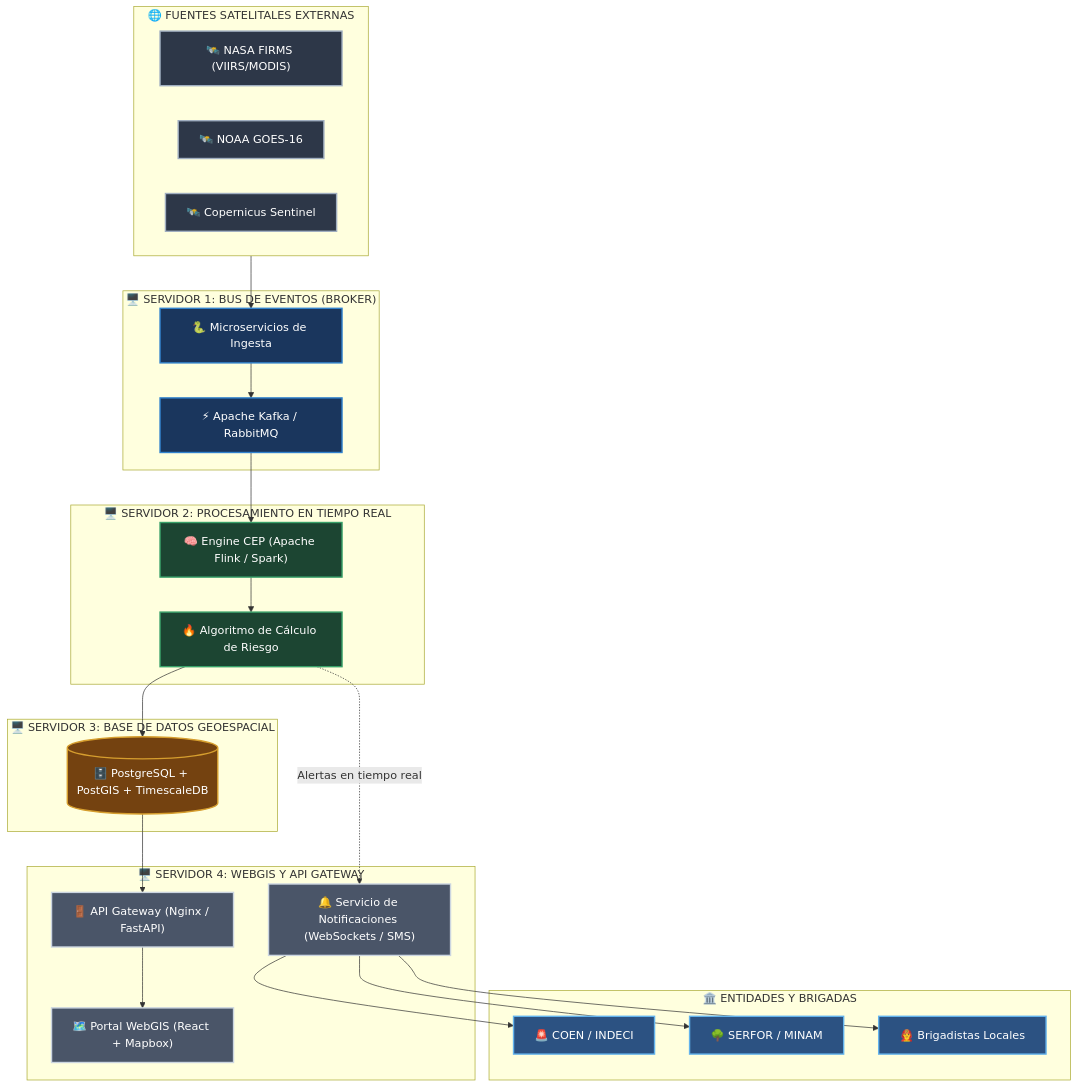
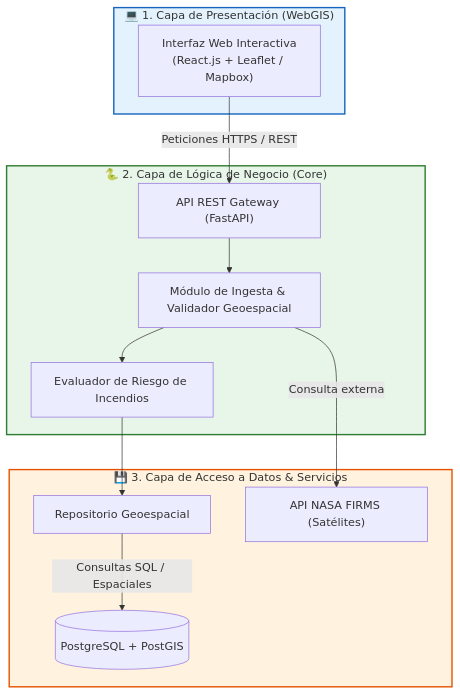
One commit to Maks04092002/Incendios-EDA-arquitSoft-MAKS changed the diagram in 02-arquitectura-de-software/arquitectura-inicial.md. Above: the diagram before and after it, drawn with Mermaid. The commit also changed other lines of this file and 8 other files, not shown here.

Commit message:
docs: mejorar galería en README con descripciones y agregar diagramas finales

````diff
--- a/02-arquitectura-de-software/arquitectura-inicial.md
+++ b/02-arquitectura-de-software/arquitectura-inicial.md
@@ -5,61 +7,29 @@
 ```mermaid
-flowchart TD
+graph TB
+    subgraph CapaPresentacion ["💻 1. Capa de Presentación (WebGIS)"]
+        UI["Interfaz Web Interactiva<br/>(React.js + Leaflet / Mapbox)"]
+    end
 
-subgraph FUENTES ["🌐 FUENTES SATELITALES EXTERNAS"]
-    NASA["🛰️ NASA FIRMS (VIIRS/MODIS)"]
-    GOES["🛰️ NOAA GOES-16"]
-    COP["🛰️ Copernicus Sentinel"]
-end
+    subgraph CapaNegocio ["🐍 2. Capa de Lógica de Negocio (Core)"]
+        API["API REST Gateway (FastAPI)"]
+        VAL["Módulo de Ingesta & Validador Geoespacial"]
+        EVAL["Evaluador de Riesgo de Incendios"]
+    end
 
-subgraph S1 ["🖥️ SERVIDOR 1: BUS DE EVENTOS (BROKER)"]
-    Ingesta["🐍 Microservicios de Ingesta"]
-    Broker["⚡ Apache Kafka / RabbitMQ"]
-end
+    subgraph CapaDatos ["💾 3. Capa de Acceso a Datos & Servicios"]
+        REPO["Repositorio Geoespacial"]
+        EXT_FIRMS["API NASA FIRMS (Satélites)"]
+        DB_GIS[("PostgreSQL + PostGIS")]
+    end
 
-subgraph S2 ["🖥️ SERVIDOR 2: PROCESAMIENTO EN TIEMPO REAL"]
-    CEP["🧠 Engine CEP (Apache Flink / Spark)"]
-    Riesgo["🔥 Algoritmo de Cálculo de Riesgo"]
-end
+    UI -->|Peticiones HTTPS / REST| API
+    API --> VAL
+    VAL --> EVAL
+    VAL -->|Consulta externa| EXT_FIRMS
+    EVAL --> REPO
+    REPO -->|Consultas SQL / Espaciales| DB_GIS
 
-subgraph S3 ["🖥️ SERVIDOR 3: BASE DE DATOS GEOESPACIAL"]
-    BD[("🗄️ PostgreSQL + PostGIS + TimescaleDB")]
-end
-
-subgraph S4 ["🖥️ SERVIDOR 4: WEBGIS Y API GATEWAY"]
-    API["🚪 API Gateway (Nginx / FastAPI)"]
-    WebGIS["🗺️ Portal WebGIS (React + Mapbox)"]
-    Alertas["🔔 Servicio de Notificaciones (WebSockets / SMS)"]
-end
-
-subgraph DESTINO ["🏛️ ENTIDADES Y BRIGADAS"]
-    COEN["🚨 COEN / INDECI"]
-    SERFOR["🌳 SERFOR / MINAM"]
-    Brigadas["👨‍🚒 Brigadistas Locales"]
-end
-
-FUENTES --> Ingesta
-Ingesta --> Broker
-Broker --> CEP
-CEP --> Riesgo
-Riesgo --> BD
-BD --> API
-API --> WebGIS
-Riesgo -. Alertas en tiempo real .-> Alertas
-Alertas --> COEN
-Alertas --> SERFOR
-Alertas --> Brigadas
-
-classDef fuenteStyle fill:#2D3748,stroke:#A0AEC0,color:#FFF,stroke-width:2px;
-classDef s1Style fill:#1A365D,stroke:#3182CE,color:#FFF,stroke-width:2px;
-classDef s2Style fill:#1C4532,stroke:#38A169,color:#FFF,stroke-width:2px;
-classDef s3Style fill:#744210,stroke:#D69E2E,color:#FFF,stroke-width:2px;
-classDef s4Style fill:#4A5568,stroke:#CBD5E0,color:#FFF,stroke-width:2px;
-classDef destStyle fill:#2C5282,stroke:#63B3ED,color:#FFF,stroke-width:2px;
-
-class NASA,GOES,COP fuenteStyle;
-class Ingesta,Broker s1Style;
-class CEP,Riesgo s2Style;
-class BD s3Style;
-class API,WebGIS,Alertas s4Style;
-class COEN,SERFOR,Brigadas destStyle;
+    style CapaPresentacion fill:#e3f2fd,stroke:#1565c0,stroke-width:2px
+    style CapaNegocio fill:#e8f5e9,stroke:#2e7d32,stroke-width:2px
+    style CapaDatos fill:#fff3e0,stroke:#e65100,stroke-width:2px
 ```
````
